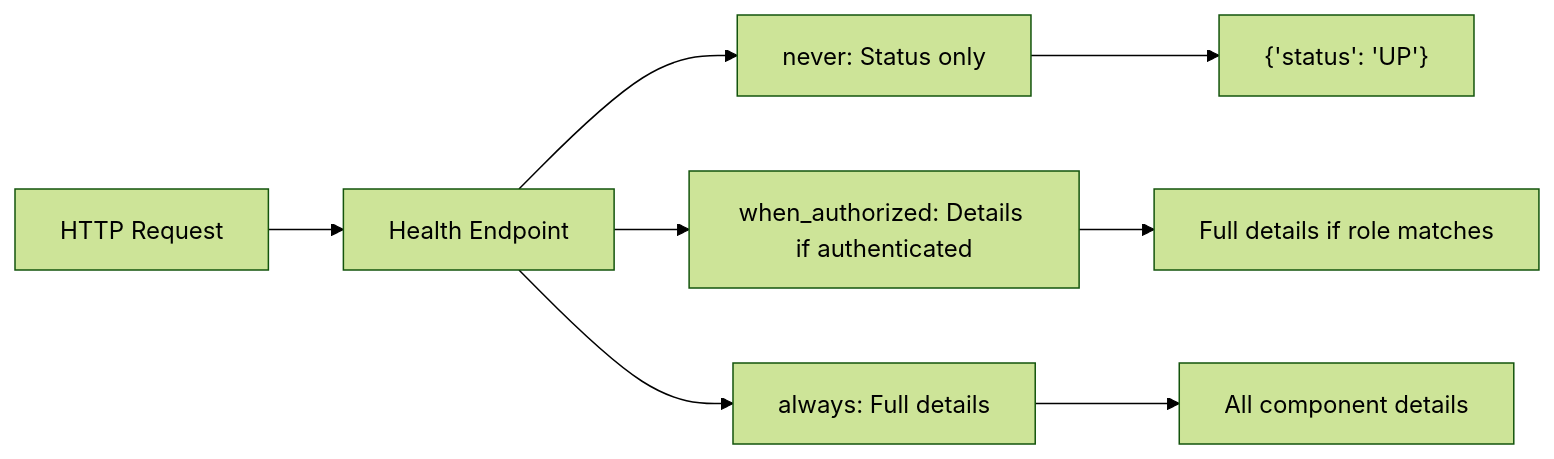
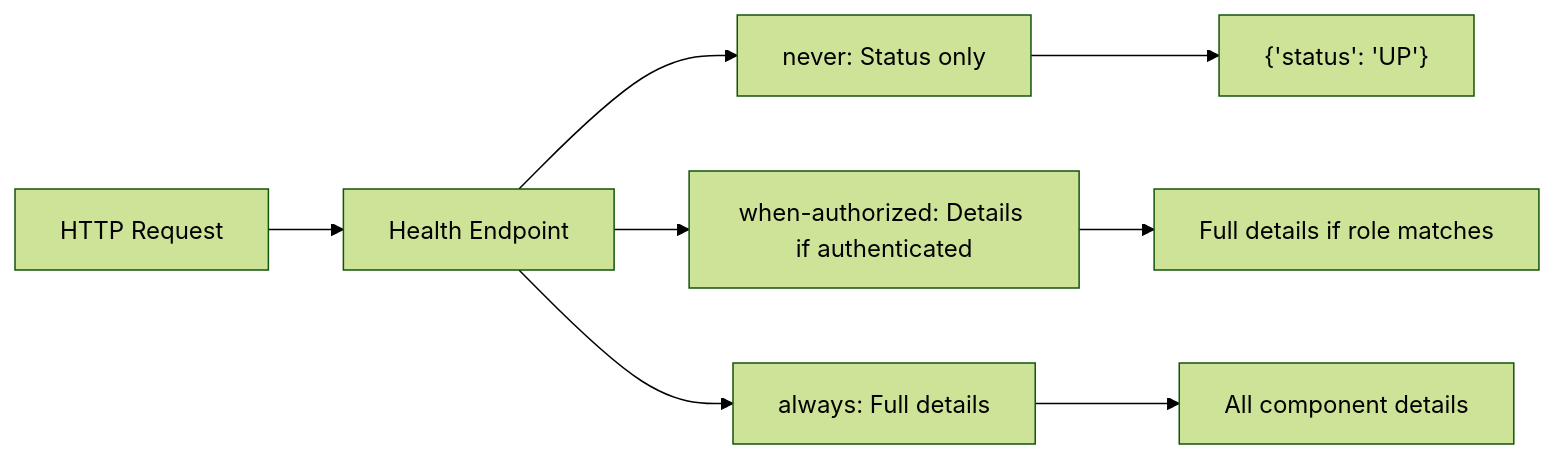
Before and after one commit to OneUptime/blog: the second of 5 diagrams in posts/2026-01-26-spring-boot-actuator-health/README.md, drawn with Mermaid (forest theme). The commit also changed other lines of this file and 2 other files, not shown here.

````diff
--- a/posts/2026-01-26-spring-boot-actuator-health/README.md
+++ b/posts/2026-01-26-spring-boot-actuator-health/README.md
@@ -102,11 +103,11 @@
 ```mermaid
 flowchart LR
     Request["HTTP Request"] --> Endpoint["Health Endpoint"]
     Endpoint --> Never["never: Status only"]
-    Endpoint --> Auth["when_authorized: Details if authenticated"]
+    Endpoint --> Auth["when-authorized: Details if authenticated"]
     Endpoint --> Always["always: Full details"]
 
     Never --> StatusOnly["{'status': 'UP'}"]
     Auth --> Conditional["Full details if role matches"]
     Always --> FullDetails["All component details"]
 ```
````
